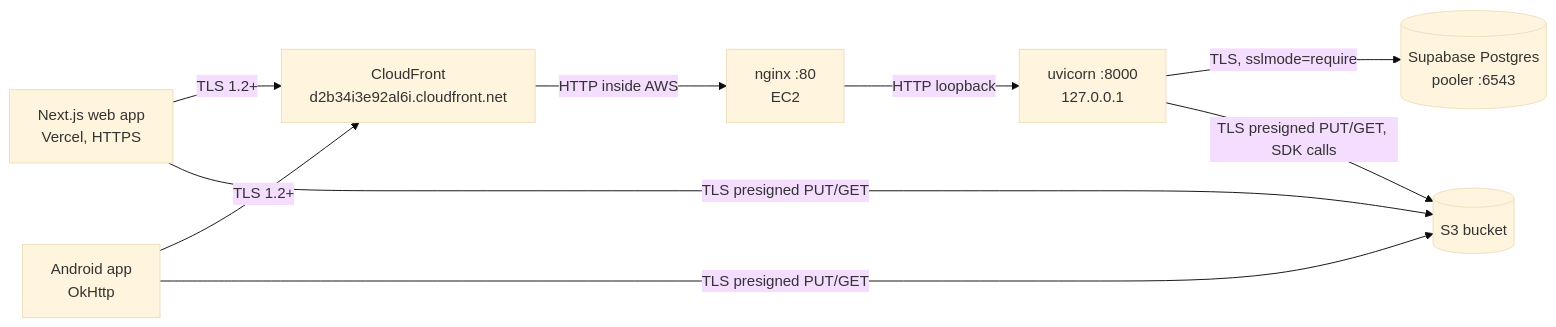
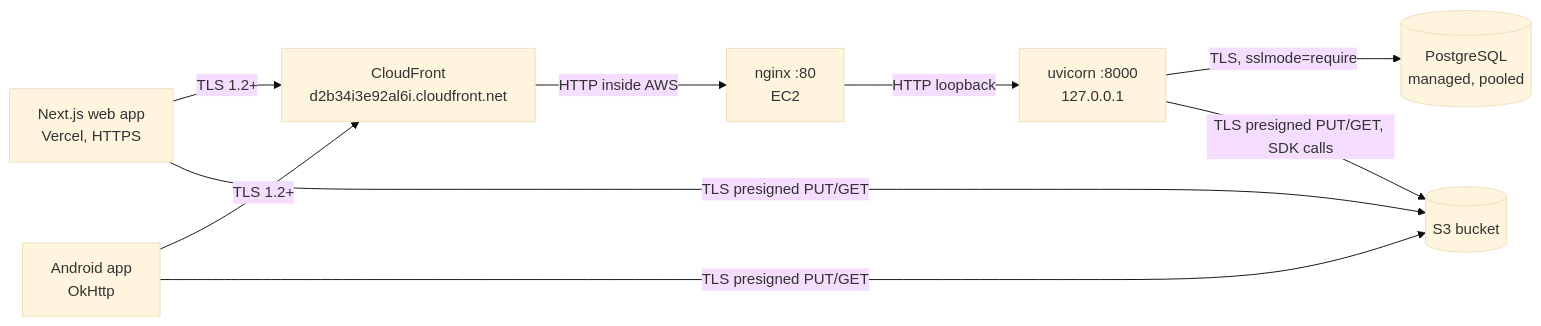
The diagram in docs/SECURITY.md (cxacraftecosystem-ui/designer-portal), drawn with Mermaid (base theme) before and after one commit. The commit also changed other lines of this file and 225 other files, not shown here.

````diff
--- a/docs/SECURITY.md
+++ b/docs/SECURITY.md
@@ -15,19 +15,19 @@
 ```mermaid
 flowchart LR
   web[Next.js web app<br/>Vercel, HTTPS]
   app[Android app<br/>OkHttp]
   cf[CloudFront<br/>d2b34i3e92al6i.cloudfront.net]
   nginx[nginx :80<br/>EC2]
   api[uvicorn :8000<br/>127.0.0.1]
   s3[(S3 bucket)]
-  pg[(Supabase Postgres<br/>pooler :6543)]
+  pg[(PostgreSQL<br/>managed, pooled)]
 
   web -->|TLS 1.2+| cf
   app -->|TLS 1.2+| cf
   cf -->|HTTP inside AWS| nginx
   nginx -->|HTTP loopback| api
   web -->|TLS presigned PUT/GET| s3
   app -->|TLS presigned PUT/GET| s3
   api -->|TLS, sslmode=require| pg
   api -->|TLS presigned PUT/GET, SDK calls| s3
 ```
````
